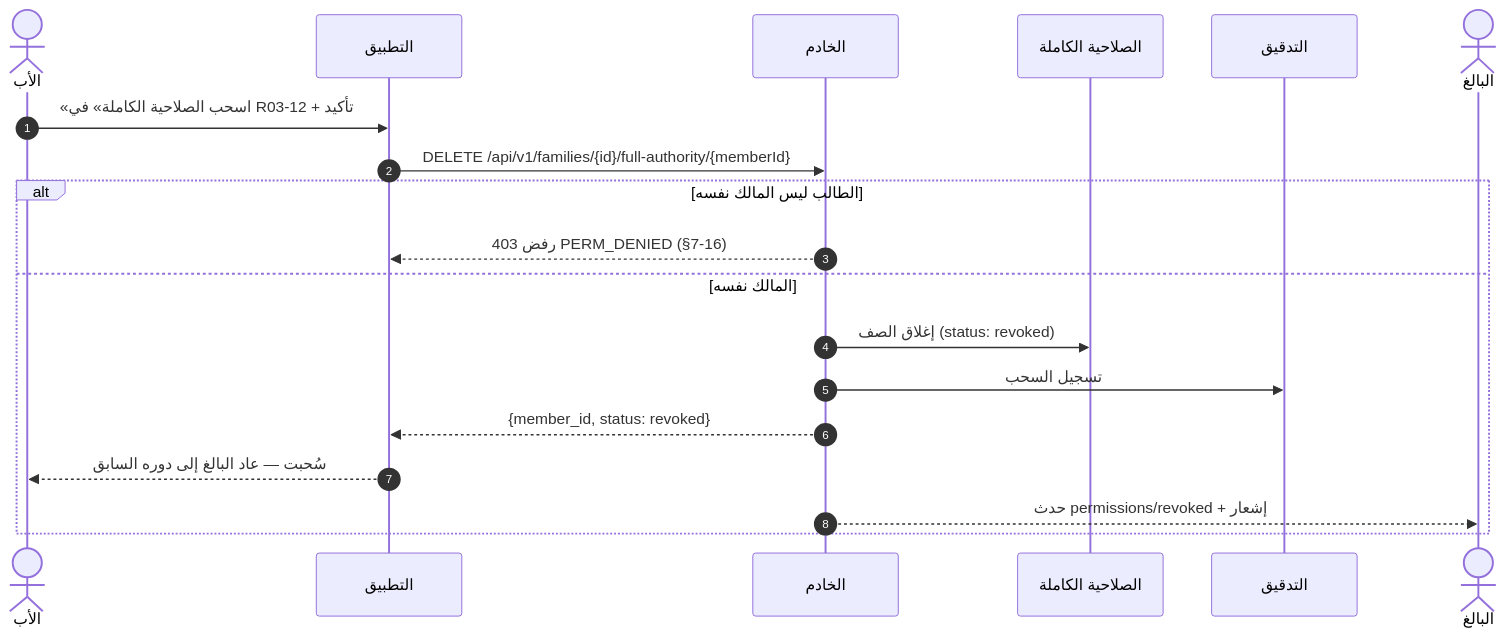
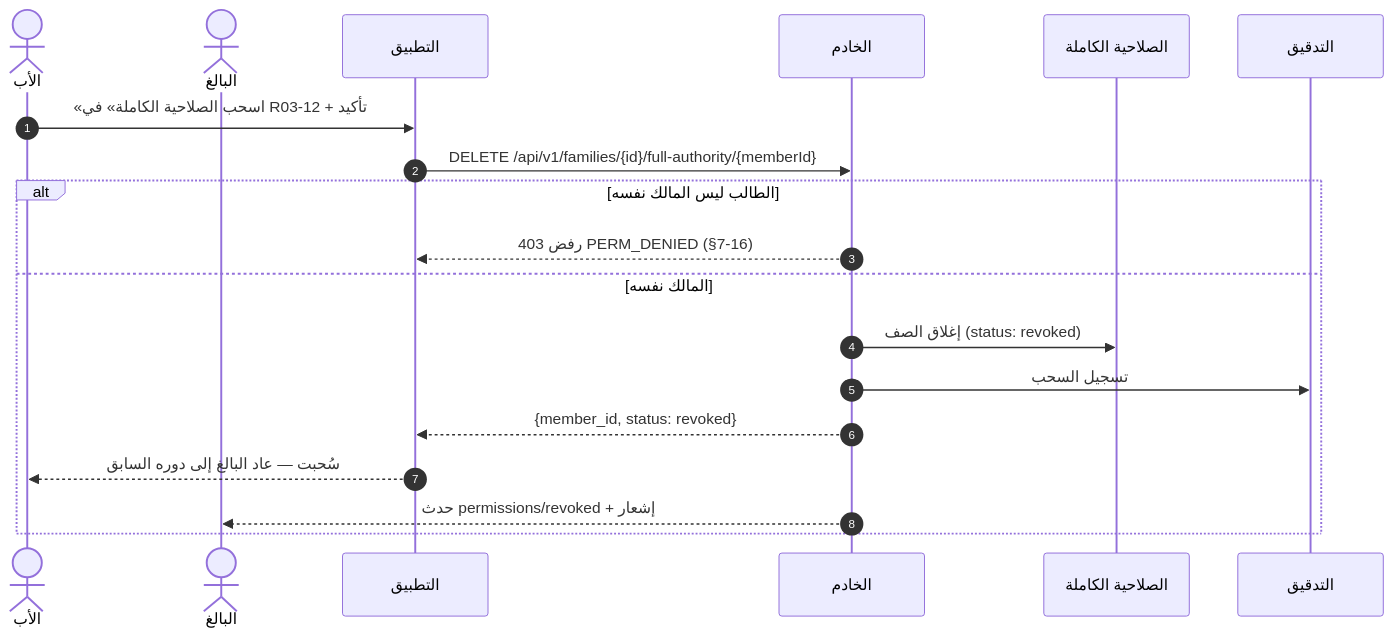
Diagram 12 of 33 in docs/family-os/governance/phases/phase-1/S1-03-family-roles-and-permissions/DIAGRAMS.md (Bassam-mohammed-alqaeadi/family-os-v2), drawn with Mermaid before and after one commit. The commit also changed other lines of this file, not shown here.

````diff
--- a/docs/family-os/governance/phases/phase-1/S1-03-family-roles-and-permissions/DIAGRAMS.md
+++ b/docs/family-os/governance/phases/phase-1/S1-03-family-roles-and-permissions/DIAGRAMS.md
@@ -533,22 +549,22 @@
 ```mermaid
 sequenceDiagram
     autonumber
     actor Father as الأب
+    actor Adult as البالغ
     participant App as التطبيق
     participant Ktor as الخادم
     participant FA as الصلاحية الكاملة
     participant Audit as التدقيق
-    actor Adult as البالغ
 
     Father->>App: «اسحب الصلاحية الكاملة» في R03-12 + تأكيد
     App->>Ktor: DELETE /api/v1/families/{id}/full-authority/{memberId}
     alt الطالب ليس المالك نفسه
         Ktor-->>App: رفض 403 PERM_DENIED (§7-16)
     else المالك نفسه
         Ktor->>FA: إغلاق الصف (status: revoked)
         Ktor->>Audit: تسجيل السحب
         Ktor-->>App: {member_id, status: revoked}
         App-->>Father: سُحبت — عاد البالغ إلى دوره السابق
         Ktor-->>Adult: حدث permissions/revoked + إشعار
     end
 ```
````
